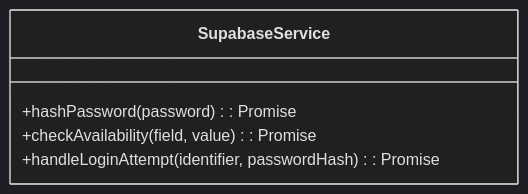
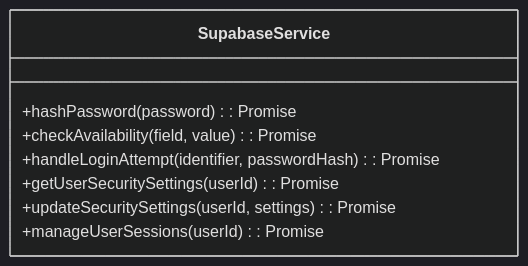
Before and after one commit to zpria/ACCOUND-ZPRIA: the eighth of 9 diagrams in .qoder/repowiki/en/content/Page Components/Authentication Pages.md, drawn with Mermaid (dark theme). The commit also changed other lines of this file and 12 other files, not shown here.

````diff
--- a/.qoder/repowiki/en/content/Page Components/Authentication Pages.md
+++ b/.qoder/repowiki/en/content/Page Components/Authentication Pages.md
@@ -427,8 +369,11 @@
 ```mermaid
 classDiagram
 class SupabaseService {
 +hashPassword(password) : Promise<string>
 +checkAvailability(field, value) : Promise<boolean>
 +handleLoginAttempt(identifier, passwordHash) : Promise<User>
++getUserSecuritySettings(userId) : Promise<SecuritySettings>
++updateSecuritySettings(userId, settings) : Promise<void>
++manageUserSessions(userId) : Promise<Sessions[]>
 }
 ```
````
